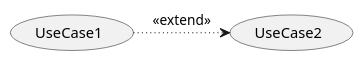
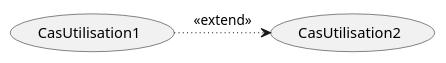
The diagram in plant_uml/useCaseExtensionExample.plantuml (gigl-uml/Guide_uml_polymtl), drawn with PlantUML before and after one commit. The commit also changed 8 other files, not shown here.

Commit message:
cas utilisation traduction

```diff
--- a/plant_uml/useCaseExtensionExample.plantuml
+++ b/plant_uml/useCaseExtensionExample.plantuml
@@ -1,9 +1,9 @@
 @startuml
 skinparam backgroundcolor transparent
-usecase UseCase1
-usecase UseCase2
+usecase CasUtilisation1
+usecase CasUtilisation2
 
 
-UseCase1 -[dotted]r-> UseCase2 : <<extend>>
+CasUtilisation1 -[dotted]r-> CasUtilisation2 : <<extend>>
 
 @enduml
```
